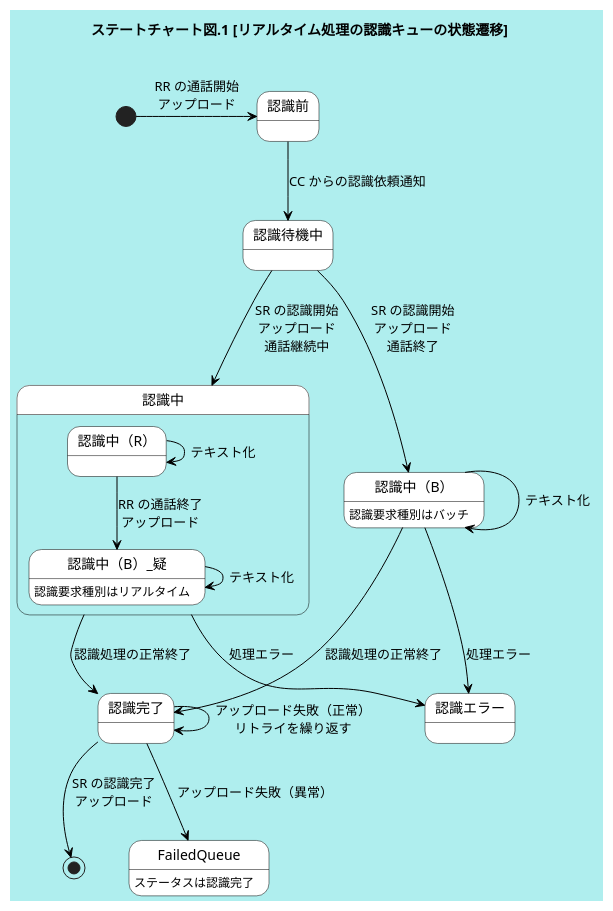
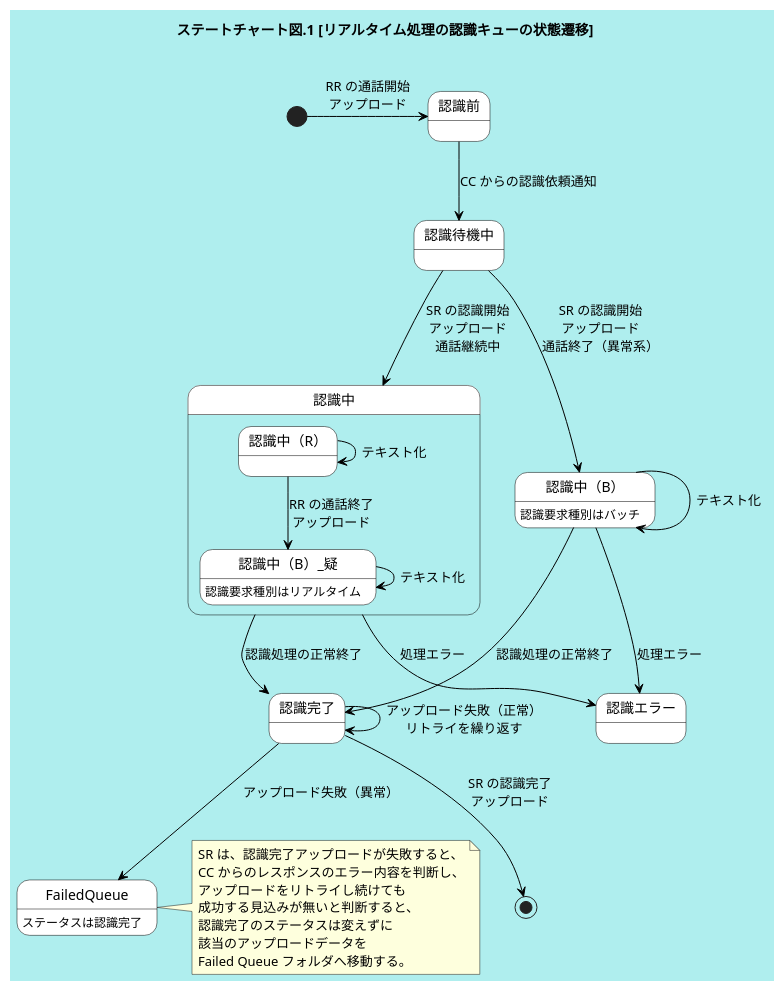
Before and after one commit to ytakagi-ponkotsu/function: the fifth of 6 diagrams in 詳解 Communication Suite 機能編.md, drawn with PlantUML. The commit also changed other lines of this file, not shown here.

````diff
--- a/詳解 Communication Suite 機能編.md
+++ b/詳解 Communication Suite 機能編.md
@@ -2548,42 +2547,52 @@
 	```plantuml
 	@startuml
 
 	skinparam {
 		shadowing false
 		defaultFontName "Segoe UI, BIZ UDPゴシック, sans-serif"
 		BackgroundColor #afeeee
 		StateBackgroundColor white
 		ParticipantBorderColor black
 		ArrowColor black
 		StateBorderColor black
 	}
 
 	title ステートチャート図.1 [リアルタイム処理の認識キューの状態遷移]\n
 
 	[*] -> 認識前 : RR の通話開始\nアップロード
 	認識前 --> 認識待機中 : CC からの認識依頼通知
 	認識待機中 --> 認識中 : SR の認識開始\nアップロード\n通話継続中
 	state "認識中（B）" as バッチ
-	認識待機中 --> バッチ : SR の認識開始\nアップロード\n通話終了
+	認識待機中 --> バッチ : SR の認識開始\nアップロード\n通話終了（異常系）
 	バッチ : 認識要求種別はバッチ
 	バッチ --> バッチ : テキスト化
 	認識中 --> 認識完了 : 認識処理の正常終了
 	バッチ --> 認識完了 : 認識処理の正常終了
 	認識完了 --> [*] : SR の認識完了\nアップロード
 	認識完了 --> FailedQueue : アップロード失敗（異常）
 	FailedQueue : ステータスは認識完了
 	認識完了 --> 認識完了 : アップロード失敗（正常）\nリトライを繰り返す
 	認識中 --> 認識エラー : 処理エラー
 	バッチ --> 認識エラー : 処理エラー
 
 	state 認識中 {
 	  state "認識中（R）" as real
 	  state "認識中（B）_疑" as batch
 	  batch : 認識要求種別はリアルタイム
 	  real --> real : テキスト化
 	  real --> batch : RR の通話終了\nアップロード
 		batch --> batch : テキスト化
 	}
 
+	note right of FailedQueue
+	  SR は、認識完了アップロードが失敗すると、
+	  CC からのレスポンスのエラー内容を判断し、
+	  アップロードをリトライし続けても
+	  成功する見込みが無いと判断すると、
+	  認識完了のステータスは変えずに
+	  該当のアップロードデータを
+	  Failed Queue フォルダへ移動する。
+	end note
+
 	@enduml
 	```
````
